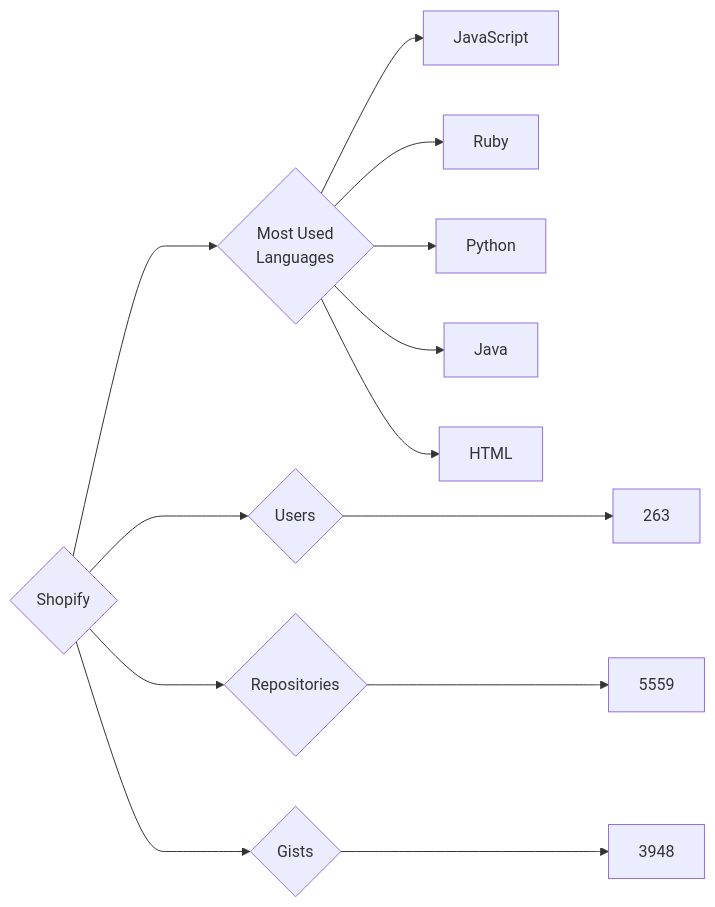
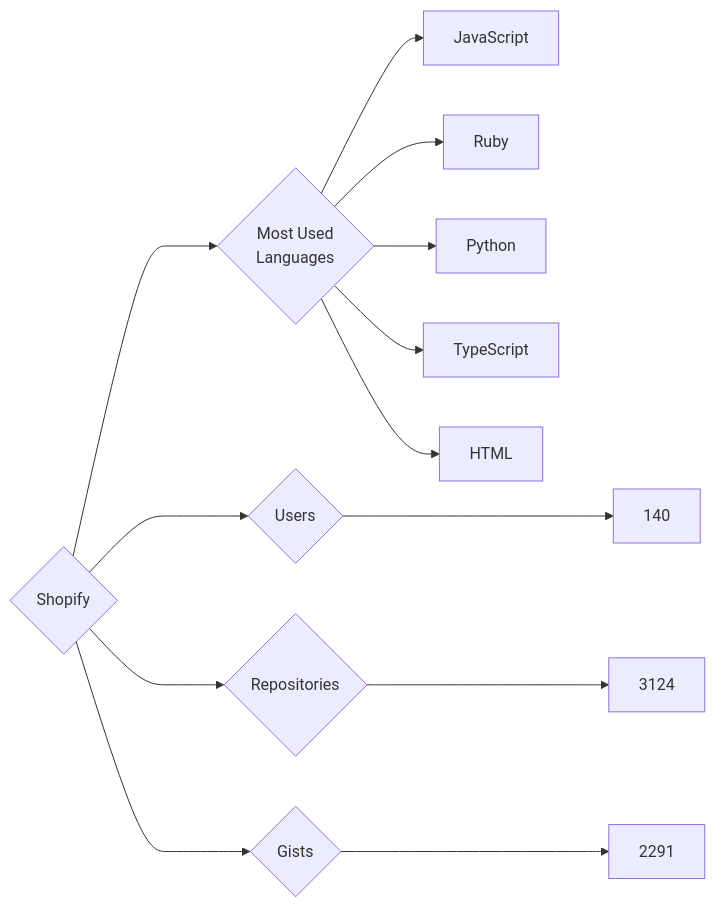
The diagram in targets/Shopify/README.md (trickest/insiders), drawn with Mermaid before and after one commit. The commit also changed 898 other files, not shown here.

````diff
--- a/targets/Shopify/README.md
+++ b/targets/Shopify/README.md
@@ -3,13 +3,13 @@
 ```mermaid
 graph LR
 COMPANY_NAME{Shopify}
-COMPANY_NAME ---> U{Users} ---> UN[263]
-COMPANY_NAME ---> R{Repositories} ---> RN[5559]
-COMPANY_NAME ---> G{Gists} ---> GN[3948]
+COMPANY_NAME ---> U{Users} ---> UN[140]
+COMPANY_NAME ---> R{Repositories} ---> RN[3124]
+COMPANY_NAME ---> G{Gists} ---> GN[2291]
 COMPANY_NAME ---> ML{Most Used<br>Languages}
 ML --> JavaScript[JavaScript]
 ML --> Ruby[Ruby]
 ML --> Python[Python]
-ML --> Java[Java]
+ML --> TypeScript[TypeScript]
 ML --> HTML[HTML]
 ```
````
